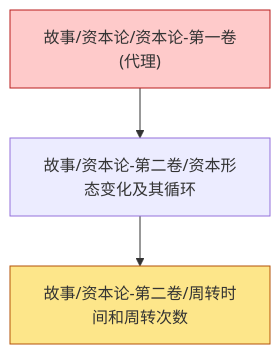
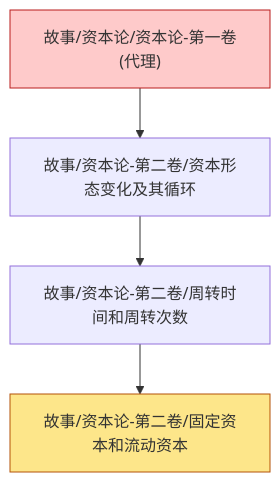
One commit to zeroDtree/zeroDtree.github.io changed the diagram in content/故事/资本论-第二卷/dependency_graph.md. Above: the diagram before and after it, drawn with Mermaid. The commit also changed 4 other files, not shown here.

Commit message:
Add the fixed and circulating capital note and refresh the graphs that link it.

````diff
--- a/content/故事/资本论-第二卷/dependency_graph.md
+++ b/content/故事/资本论-第二卷/dependency_graph.md
@@ -1,13 +1,15 @@
 ```mermaid
 %%{init: {'flowchart': {'curve': 'stepAfter'}}}%%
 graph TD
 1["故事/资本论/资本论-第一卷(代理)"] --> 0["故事/资本论-第二卷/资本形态变化及其循环"]
-0["故事/资本论-第二卷/资本形态变化及其循环"] --> 2["故事/资本论-第二卷/周转时间和周转次数"]
+3["故事/资本论-第二卷/周转时间和周转次数"] --> 2["故事/资本论-第二卷/固定资本和流动资本"]
+0["故事/资本论-第二卷/资本形态变化及其循环"] --> 3["故事/资本论-第二卷/周转时间和周转次数"]
 classDef leaf fill:#fde68a,stroke:#b45309
 class 2 leaf
 classDef externalRoot fill:#fecaca,stroke:#b91c1c
 class 1 externalRoot
 click 0 "/故事/资本论-第二卷/资本形态变化及其循环" "故事/资本论-第二卷/资本形态变化及其循环"
 click 1 "/故事/资本论/资本论-第一卷(代理)" "故事/资本论/资本论-第一卷(代理)"
-click 2 "/故事/资本论-第二卷/周转时间和周转次数" "故事/资本论-第二卷/周转时间和周转次数"
+click 2 "/故事/资本论-第二卷/固定资本和流动资本" "故事/资本论-第二卷/固定资本和流动资本"
+click 3 "/故事/资本论-第二卷/周转时间和周转次数" "故事/资本论-第二卷/周转时间和周转次数"
 ```
````
